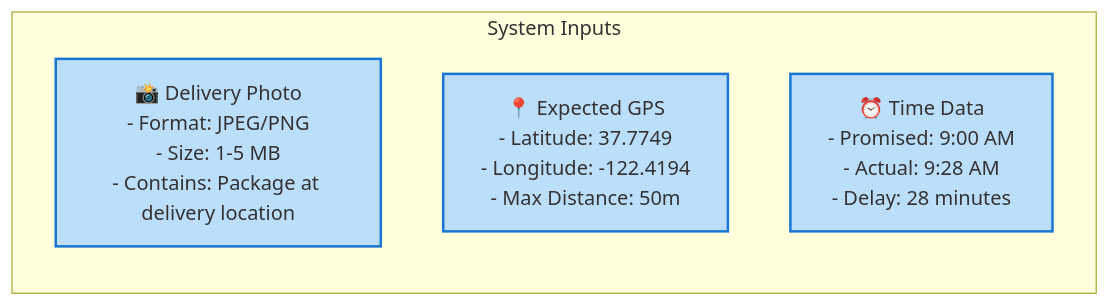
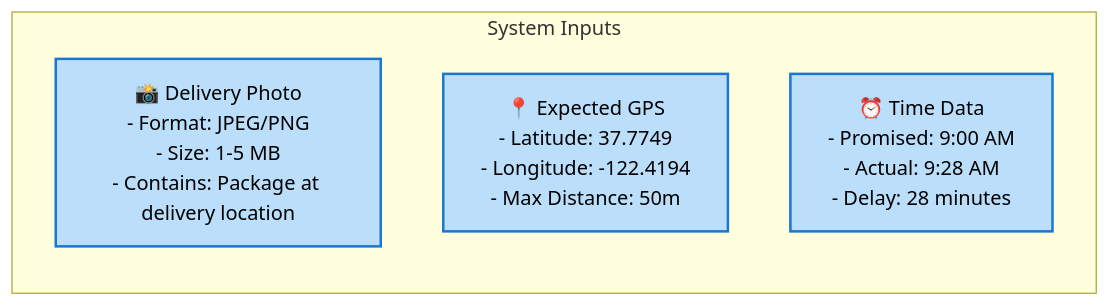
Before and after one commit to blakeramos/Delivery-Intelligence-main: the third of 5 diagrams in EVENT-FLOW-DIAGRAM-MVP.md, drawn with Mermaid. The commit also changed other lines of this file, not shown here.

Commit message:
Refactor styles in Event Flow Diagram for improved readability and consistency

````diff
--- a/EVENT-FLOW-DIAGRAM-MVP.md
+++ b/EVENT-FLOW-DIAGRAM-MVP.md
@@ -154,12 +154,12 @@
 ```mermaid
 graph LR
     subgraph "System Inputs"
         A[📸 Delivery Photo<br/>- Format: JPEG/PNG<br/>- Size: 1-5 MB<br/>- Contains: Package at delivery location]
         B[📍 Expected GPS<br/>- Latitude: 37.7749<br/>- Longitude: -122.4194<br/>- Max Distance: 50m]
         C[⏰ Time Data<br/>- Promised: 9:00 AM<br/>- Actual: 9:28 AM<br/>- Delay: 28 minutes]
     end
     
-    style A fill:#bbdefb,stroke:#1976d2,stroke-width:2px
-    style B fill:#bbdefb,stroke:#1976d2,stroke-width:2px
-    style C fill:#bbdefb,stroke:#1976d2,stroke-width:2px
+    style A fill:#bbdefb,stroke:#1976d2,stroke-width:2px,color:#000
+    style B fill:#bbdefb,stroke:#1976d2,stroke-width:2px,color:#000
+    style C fill:#bbdefb,stroke:#1976d2,stroke-width:2px,color:#000
 ```
````
